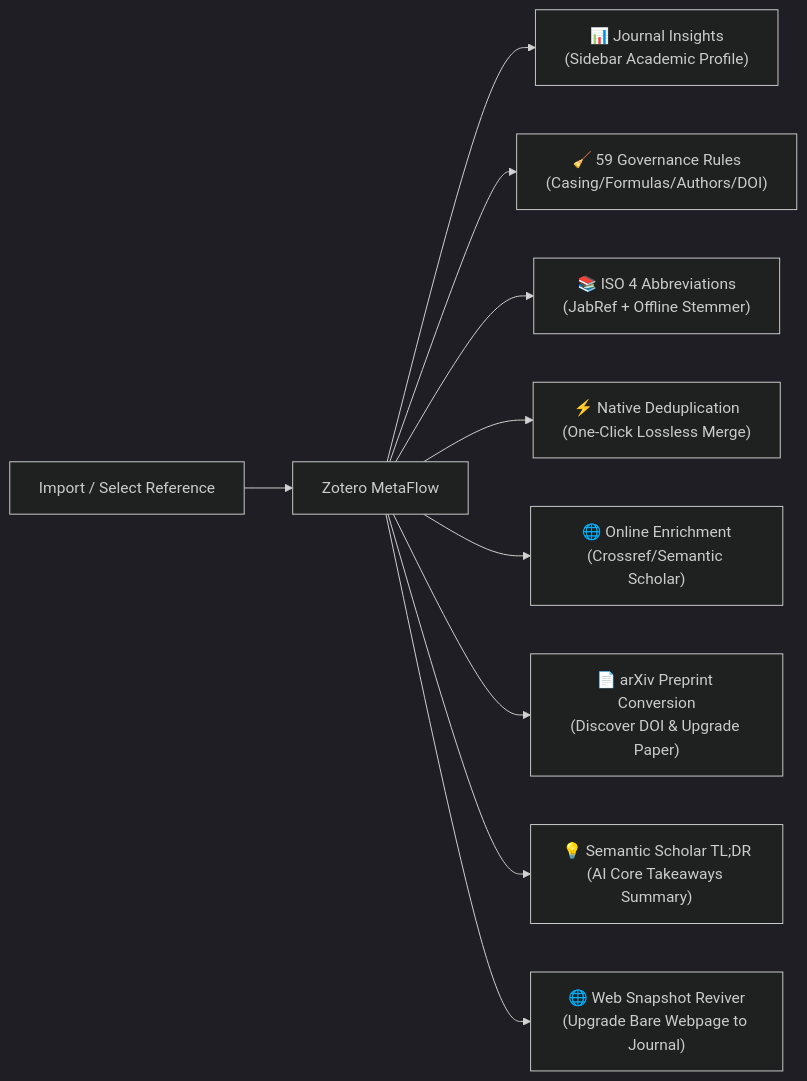
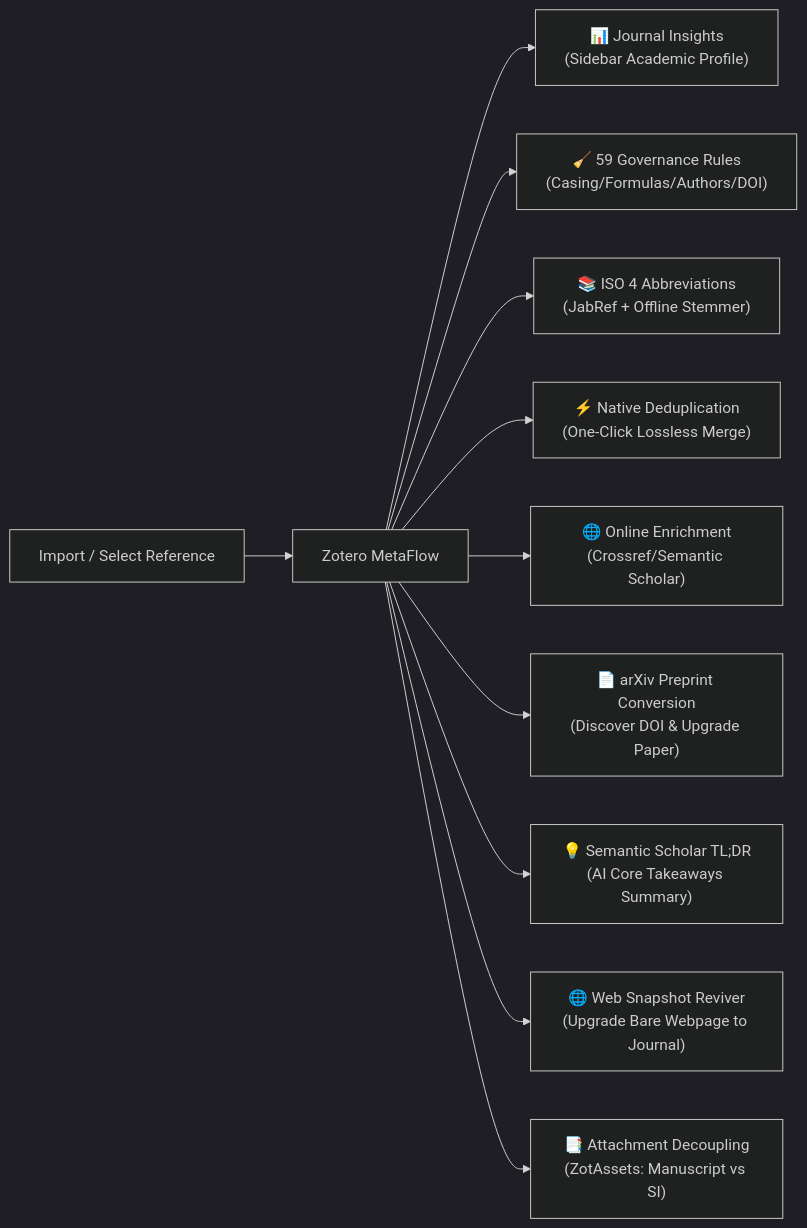
One commit to groele/MetaRef-for-Zotero changed the diagram in README.en.md. Above: the diagram before and after it, drawn with Mermaid (dark theme). The commit also changed other lines of this file and 22 other files, not shown here.

Commit message:
feat(workflow): promote attachment role decoupling to top-level step and enrich settings

````diff
--- a/README.en.md
+++ b/README.en.md
@@ -33,12 +33,13 @@
 ```mermaid
 graph LR
     A["Import / Select Reference"] --> B["Zotero MetaFlow"]
     B --> C["📊 Journal Insights<br/>(Sidebar Academic Profile)"]
     B --> D["🧹 59 Governance Rules<br/>(Casing/Formulas/Authors/DOI)"]
     B --> E["📚 ISO 4 Abbreviations<br/>(JabRef + Offline Stemmer)"]
     B --> F["⚡ Native Deduplication<br/>(One-Click Lossless Merge)"]
     B --> G["🌐 Online Enrichment<br/>(Crossref/Semantic Scholar)"]
     B --> H["📄 arXiv Preprint Conversion<br/>(Discover DOI & Upgrade Paper)"]
     B --> I["💡 Semantic Scholar TL;DR<br/>(AI Core Takeaways Summary)"]
     B --> J["🌐 Web Snapshot Reviver<br/>(Upgrade Bare Webpage to Journal)"]
+    B --> K["📑 Attachment Decoupling<br/>(ZotAssets: Manuscript vs SI)"]
 ```
````
